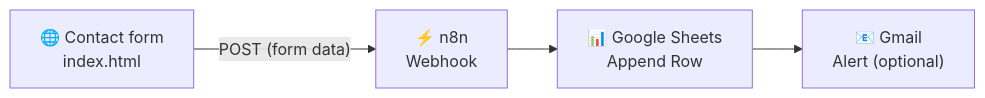
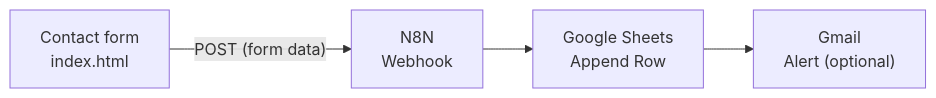
One commit to rameezimdad/F30-N8N-Contact-Form changed the diagram in README.md. Above: the diagram before and after it, drawn with Mermaid. The commit also changed other lines of this file and 1 other file, not shown here.

````diff
--- a/README.md
+++ b/README.md
@@ -37,6 +37,6 @@
 ```mermaid
 flowchart LR
-    A["🌐 Contact form<br/>index.html"] -- "POST (form data)" --> B["⚡ n8n<br/>Webhook"]
-    B --> C["📊 Google Sheets<br/>Append Row"]
-    C --> D["📧 Gmail<br/>Alert (optional)"]
+    A["Contact form<br/>index.html"] -- "POST (form data)" --> B["N8N<br/>Webhook"]
+    B --> C["Google Sheets<br/>Append Row"]
+    C --> D["Gmail<br/>Alert (optional)"]
 ```
````
